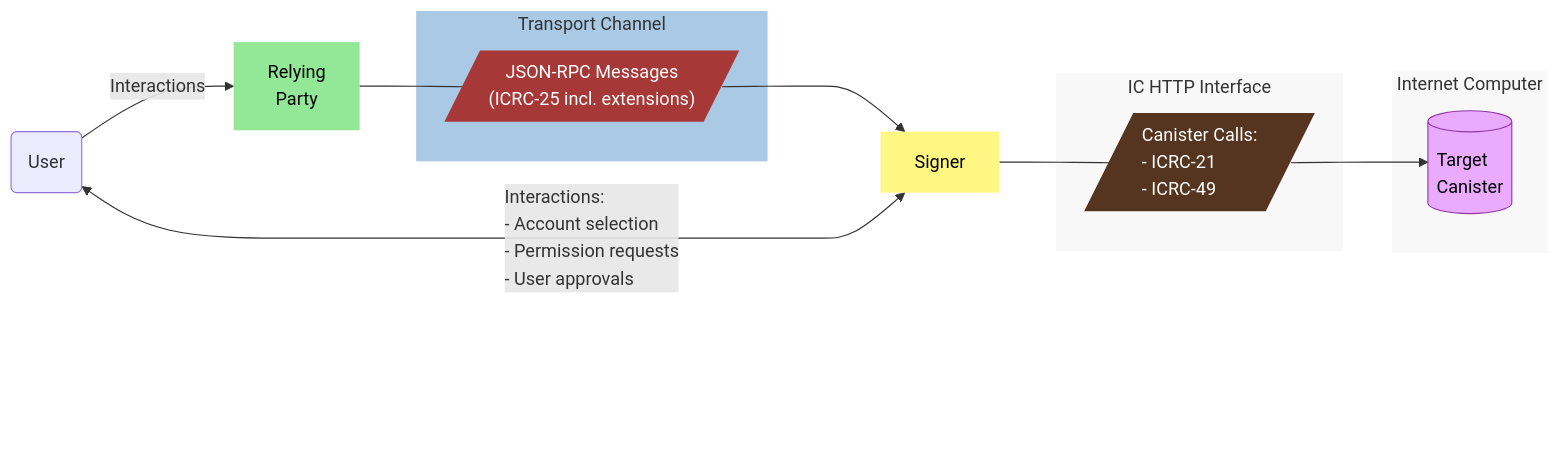
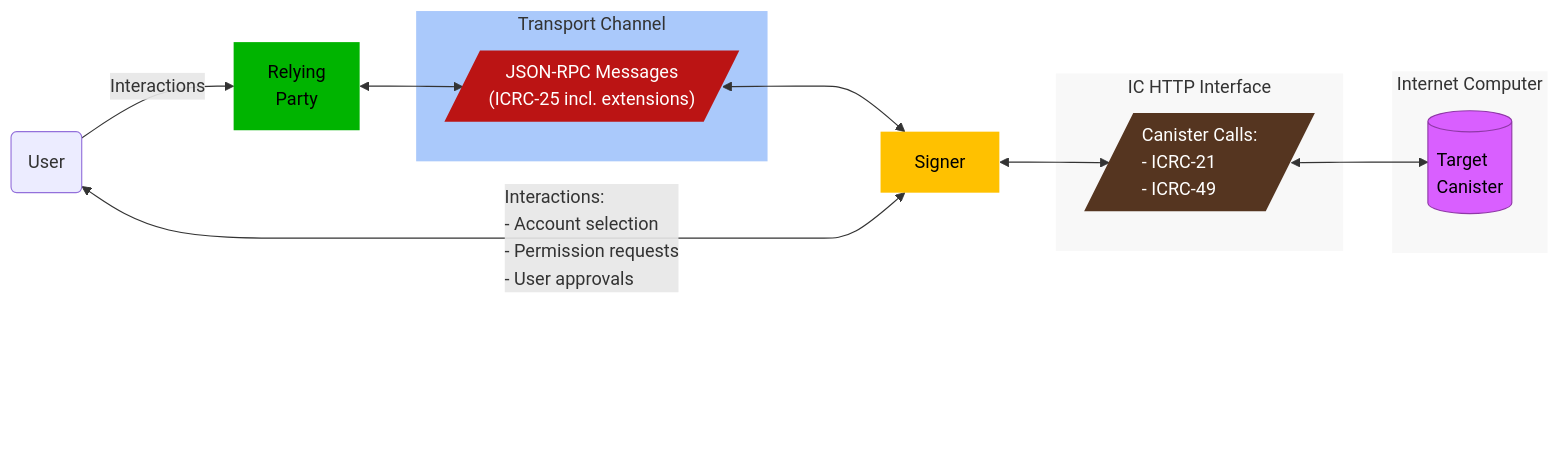
The diagram in topics/signer_standards_overview.md (dfinity/wg-identity-authentication), drawn with Mermaid before and after one commit.

Commit message:
Update shape colors

````diff
--- a/topics/signer_standards_overview.md
+++ b/topics/signer_standards_overview.md
@@ -9,40 +9,40 @@
 ```mermaid
 graph LR
     RP[Relying<br>Party]
     User(User)
     Signer[Signer]
     Canister[(Target<br>Canister)]
     Messages[/"JSON-RPC Messages<br>(ICRC-25 incl. extensions)"/]
     Calls[/Canister Calls:<br>- ICRC-21<br>- ICRC-49/]
 
     subgraph Transport[Transport Channel]
         Messages
     end
 
     subgraph HTTP[IC HTTP Interface]
         Calls
     end
 
     subgraph IC[Internet Computer]
         Canister
     end
 
-    RP --- Messages ---> Signer
-    Signer --- Calls --> Canister
+    RP <--> Messages <---> Signer
+    Signer <--> Calls <--> Canister
     User <-- Interactions:<br>- Account selection<br>- Permission requests<br>- User approvals --> Signer
     User -- Interactions --> RP
     
     %% Padding so that GitHub controls don't overlap graph
     BottomPadding["<br><br><br><br><br><br>"]
     
-    style RP fill:#93e898,stroke:transparent,color:#000001
-    style Transport fill:#025eb155,stroke:transparent
-    style Messages fill:#a73838,stroke:transparent,color:#fffffe
-    style Signer fill:#fff781,stroke:transparent,color:#000001
+    style RP fill:#00b400,stroke:transparent,color:#000001
+    style Transport fill:#025df255,stroke:transparent
+    style Messages fill:#bb1414,stroke:transparent,color:#fffffe
+    style Signer fill:#ffc100,stroke:transparent,color:#000001
     style HTTP fill:#cccccc22,stroke:transparent
     style IC fill:#cccccc22,stroke:transparent
     style Calls fill:#553520,text-align:left,stroke:transparent,color:#fffffe
-    style Canister fill:#eaabff,text-align:left,stroke:#8f38a7,color:#000001
+    style Canister fill:#d95fff,text-align:left,stroke:#8f38a7,color:#000001
     style BottomPadding fill:transparent,stroke:transparent
     linkStyle 4 text-align:left
 ```
````
